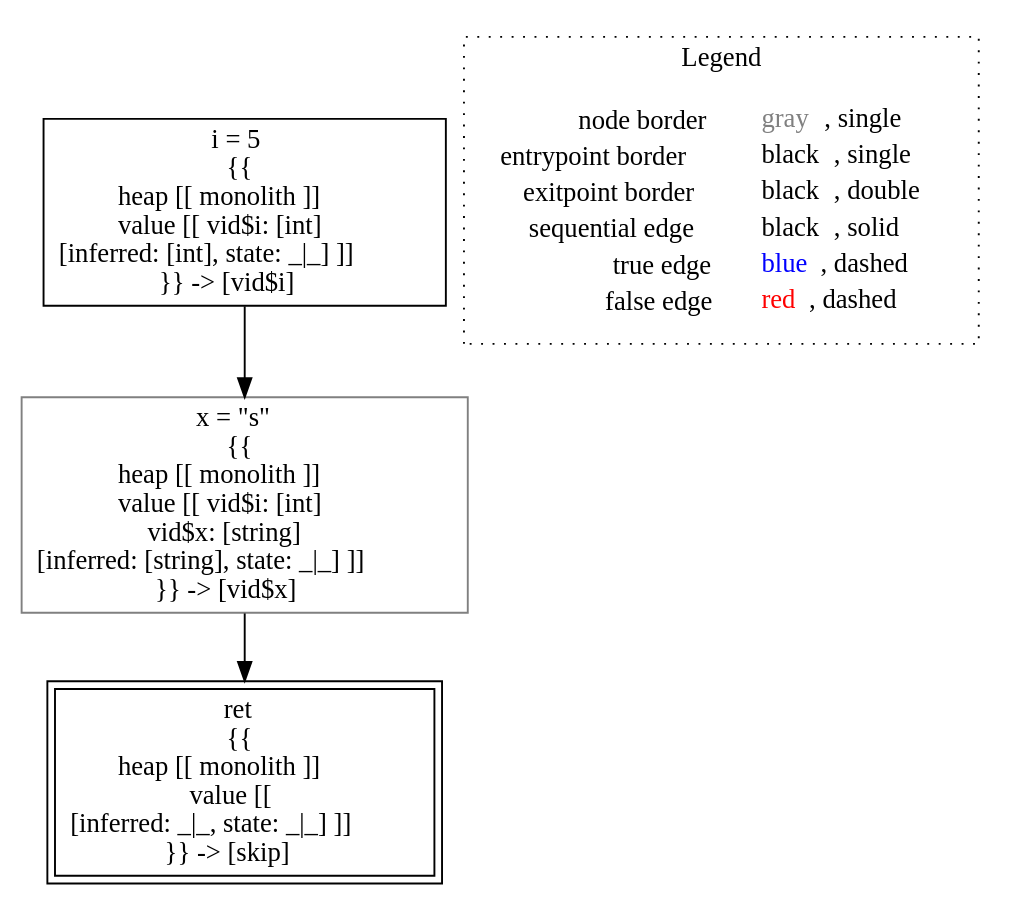
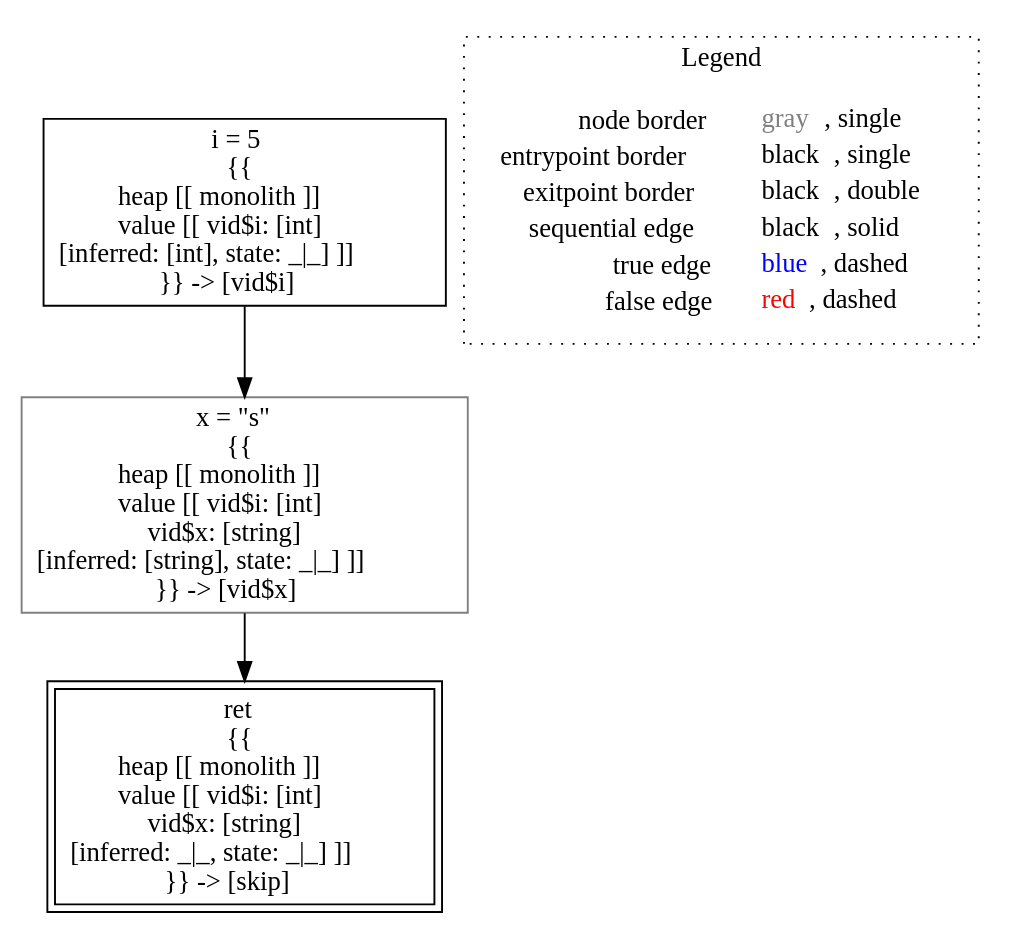
Before and after one commit to lisa-analyzer/lisa: the diagram in lisa/imp-testcases/type-inference/typing___untyped_typing.test1().dot, drawn with Graphviz. The commit also changed 30 other files, not shown here.

```diff
--- a/lisa/imp-testcases/type-inference/typing___untyped_typing.test1().dot
+++ b/lisa/imp-testcases/type-inference/typing___untyped_typing.test1().dot
@@ -1,14 +1,14 @@
 digraph {
 	"node0" [shape="rect",color="black",label=<i = 5<BR/>{{<BR/>heap [[ monolith ]]<BR/>value [[ vid$i: [int]<BR/>[inferred: [int], state: _|_] ]]<BR/>}} -&gt; [vid$i]>];
-	"node1" [shape="rect",color="black",peripheries="2",label=<ret<BR/>{{<BR/>heap [[ monolith ]]<BR/>value [[ <BR/>[inferred: _|_, state: _|_] ]]<BR/>}} -&gt; [skip]>];
-	"node2" [shape="rect",color="gray",label=<x = &quot;s&quot;<BR/>{{<BR/>heap [[ monolith ]]<BR/>value [[ vid$i: [int]<BR/>vid$x: [string]<BR/>[inferred: [string], state: _|_] ]]<BR/>}} -&gt; [vid$x]>];
-	"node0" -> "node2" [color="black"];
-	"node2" -> "node1" [color="black"];
+	"node1" [shape="rect",color="gray",label=<x = &quot;s&quot;<BR/>{{<BR/>heap [[ monolith ]]<BR/>value [[ vid$i: [int]<BR/>vid$x: [string]<BR/>[inferred: [string], state: _|_] ]]<BR/>}} -&gt; [vid$x]>];
+	"node2" [shape="rect",color="black",peripheries="2",label=<ret<BR/>{{<BR/>heap [[ monolith ]]<BR/>value [[ vid$i: [int]<BR/>vid$x: [string]<BR/>[inferred: _|_, state: _|_] ]]<BR/>}} -&gt; [skip]>];
+	"node0" -> "node1" [color="black"];
+	"node1" -> "node2" [color="black"];
 subgraph cluster_legend {
 	label="Legend";
 	style=dotted;
 	node [shape=plaintext];
 	"legend" [label=<<table border="0" cellpadding="2" cellspacing="0" cellborder="0"><tr><td align="right">node border&nbsp;</td><td align="left"><font color="gray">gray</font>, single</td></tr><tr><td align="right">entrypoint border&nbsp;</td><td align="left"><font color="black">black</font>, single</td></tr><tr><td align="right">exitpoint border&nbsp;</td><td align="left"><font color="black">black</font>, double</td></tr><tr><td align="right">sequential edge&nbsp;</td><td align="left"><font color="black">black</font>, solid</td></tr><tr><td align="right">true edge&nbsp;</td><td align="left"><font color="blue">blue</font>, dashed</td></tr><tr><td align="right">false edge&nbsp;</td><td align="left"><font color="red">red</font>, dashed</td></tr></table>>];
 }
 
 }
```
